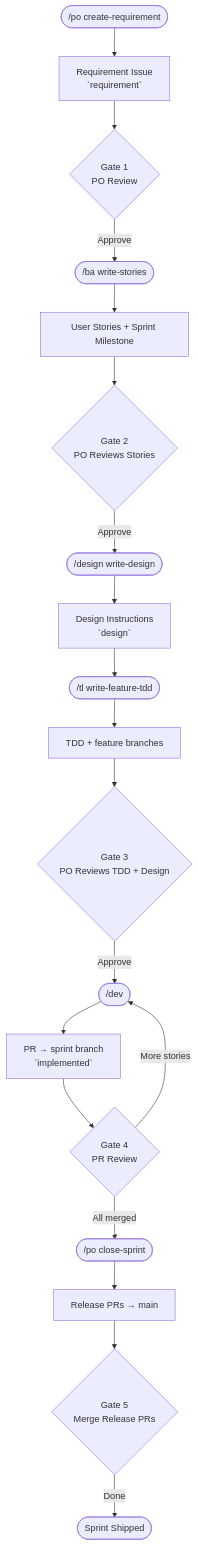
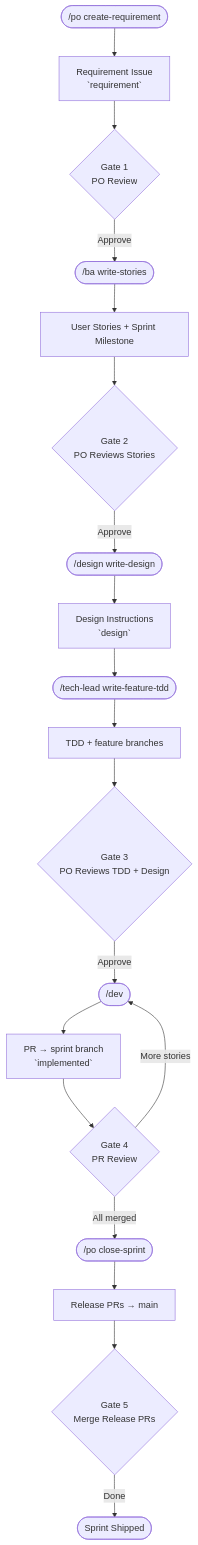
Before and after one commit to simpscal/notism: the first of 4 diagrams in README.md, drawn with Mermaid. The commit also changed other lines of this file, not shown here.

Commit message:
docs: update README to reflect tech-lead rename and removed _methodology.md

````diff
--- a/README.md
+++ b/README.md
@@ -38,21 +38,21 @@
 ```mermaid
 flowchart TD
     A(["/po create-requirement <description>"]) --> B["Requirement Issue<br/>`requirement`"]
     B --> G1{Gate 1<br/>PO Review}
     G1 -->|Approve| C(["/ba write-stories <issue>"])
     C --> D["User Stories + Sprint Milestone"]
     D --> G2{Gate 2<br/>PO Reviews Stories}
     G2 -->|Approve| E1(["/design write-design <ms>"])
     E1 --> F1["Design Instructions<br/>`design`"]
-    F1 --> E2(["/tl write-feature-tdd <ms>"])
+    F1 --> E2(["/tech-lead write-feature-tdd <ms>"])
     E2 --> F2["TDD + feature branches"]
     F2 --> G3{Gate 3<br/>PO Reviews TDD + Design}
     G3 -->|Approve| H(["/dev <issue>"])
     H --> I["PR → sprint branch<br/>`implemented`"]
     I --> G4{Gate 4<br/>PR Review}
     G4 -->|More stories| H
     G4 -->|All merged| J(["/po close-sprint <N>"])
     J --> K["Release PRs → main"]
     K --> G5{Gate 5<br/>Merge Release PRs}
     G5 -->|Done| L([Sprint Shipped])
 ```
````
